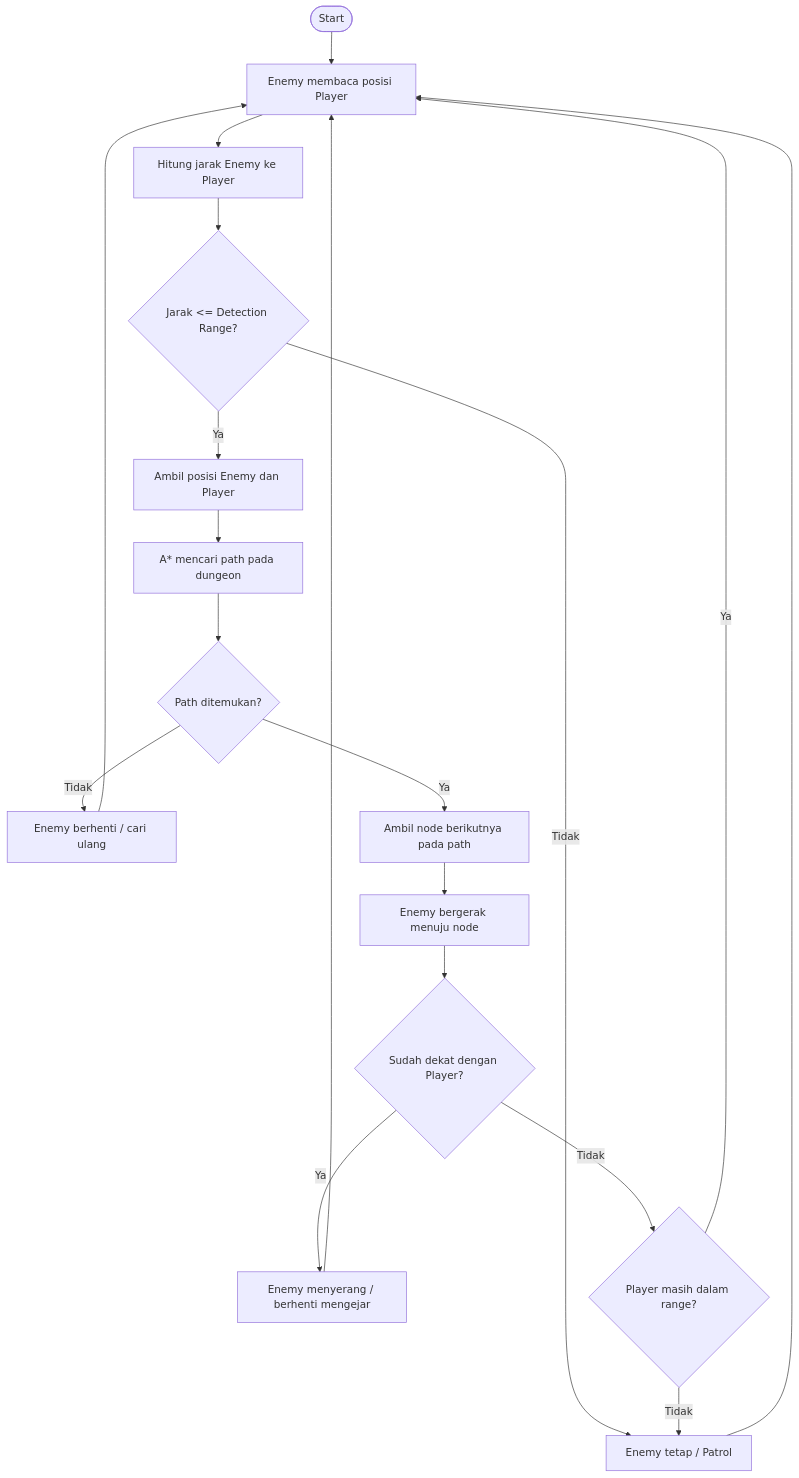
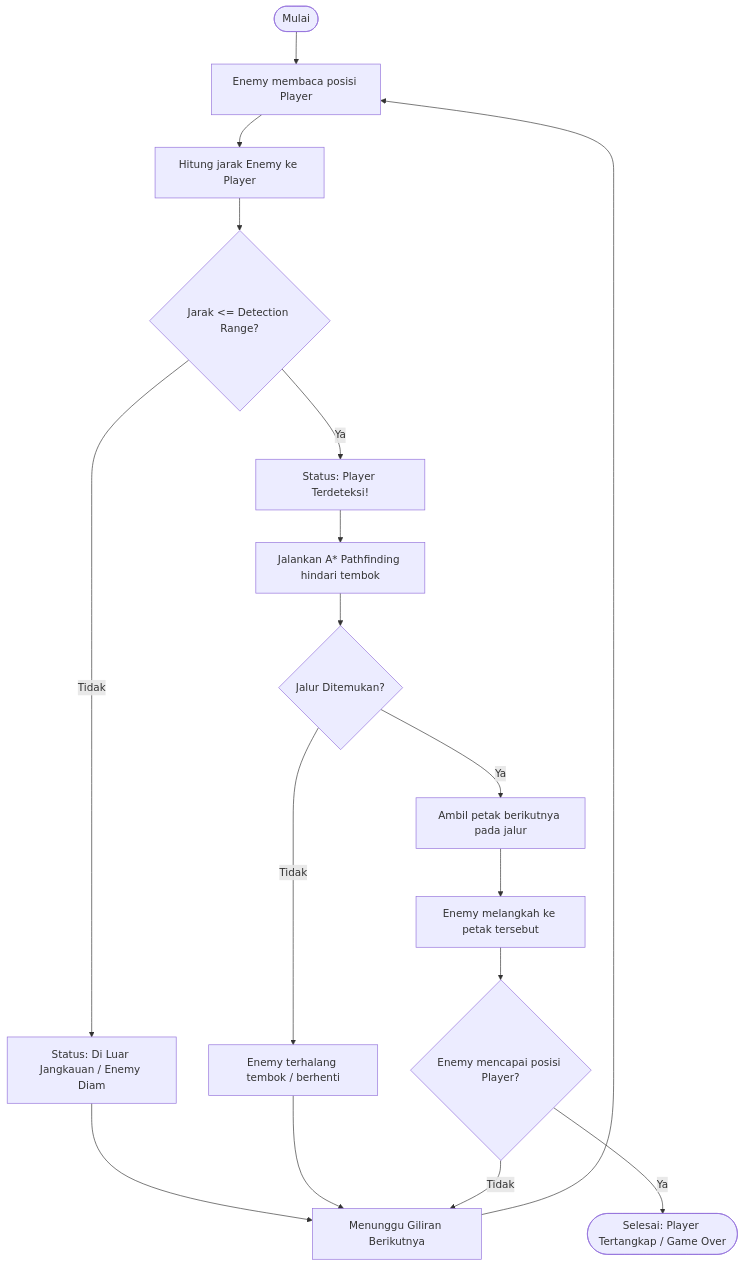
Before and after one commit to mgeraldiarr/dungeon: the diagram in JAWABAN_TUGAS_PER._1.md, drawn with Mermaid. The commit also changed other lines of this file and 3 other files, not shown here.

Commit message:
Implementasi modular Enemy AI Dungeon dan jawaban tugas pertemuan 1

````diff
--- a/JAWABAN_TUGAS_PER._1.md
+++ b/JAWABAN_TUGAS_PER._1.md
@@ -30,27 +41,24 @@
 ```mermaid
 flowchart TD
-    A([Start]) --> B[Enemy membaca posisi Player]
+    A([Mulai]) --> B[Enemy membaca posisi Player]
     B --> C[Hitung jarak Enemy ke Player]
     C --> D{Jarak <= Detection Range?}
 
-    D -- Tidak --> E[Enemy tetap / Patrol]
-    E --> B
+    D -- Tidak --> E[Status: Di Luar Jangkauan / Enemy Diam]
+    E --> F[Menunggu Giliran Berikutnya]
+    F --> B
 
-    D -- Ya --> F[Ambil posisi Enemy dan Player]
-    F --> G[A* mencari path pada dungeon]
-    G --> H{Path ditemukan?}
+    D -- Ya --> G[Status: Player Terdeteksi!]
+    G --> H[Jalankan A* Pathfinding hindari tembok]
+    H --> I{Jalur Ditemukan?}
 
-    H -- Tidak --> I[Enemy berhenti / cari ulang]
-    I --> B
+    I -- Tidak --> J[Enemy terhalang tembok / berhenti]
+    J --> F
 
-    H -- Ya --> J[Ambil node berikutnya pada path]
-    J --> K[Enemy bergerak menuju node]
-    K --> L{Sudah dekat dengan Player?}
+    I -- Ya --> K[Ambil petak berikutnya pada jalur]
+    K --> L[Enemy melangkah ke petak tersebut]
+    L --> M{Enemy mencapai posisi Player?}
 
-    L -- Ya --> M[Enemy menyerang / berhenti mengejar]
-    M --> B
-
-    L -- Tidak --> N{Player masih dalam range?}
-    N -- Ya --> B
-    N -- Tidak --> E
+    M -- Ya --> N([Selesai: Player Tertangkap / Game Over])
+    M -- Tidak --> F
 ```
````
